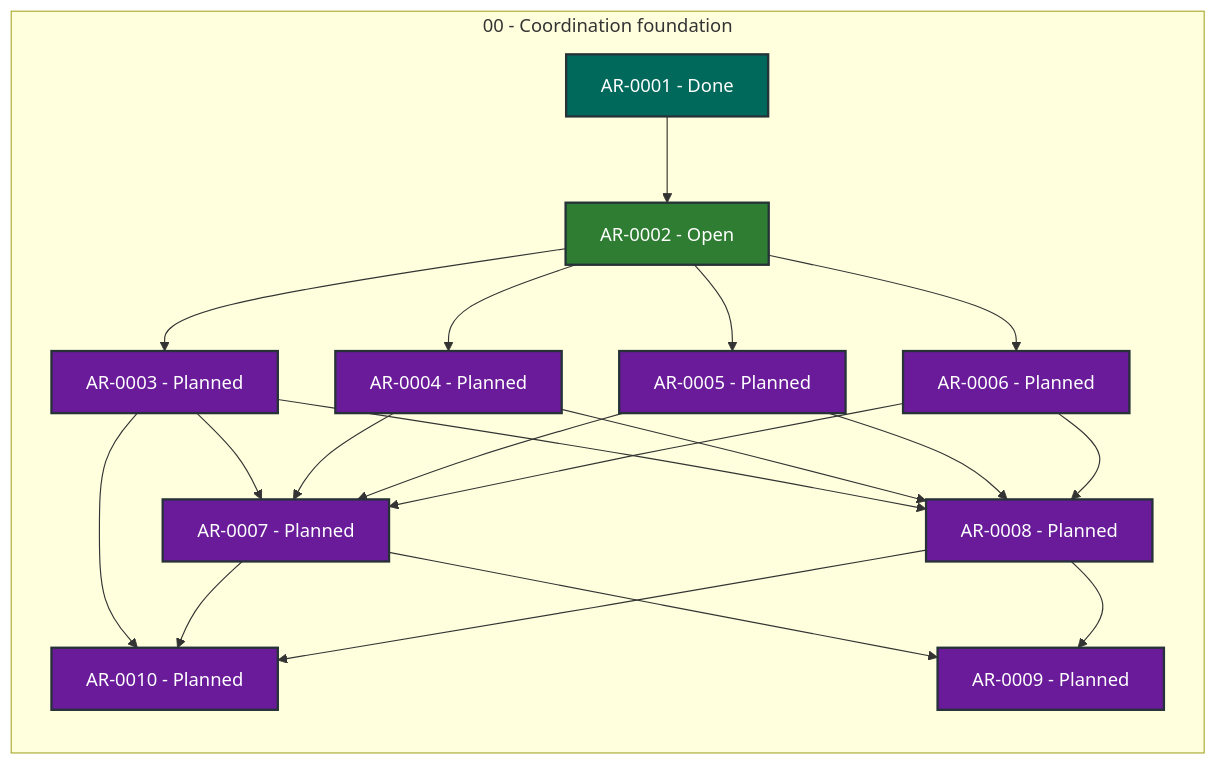
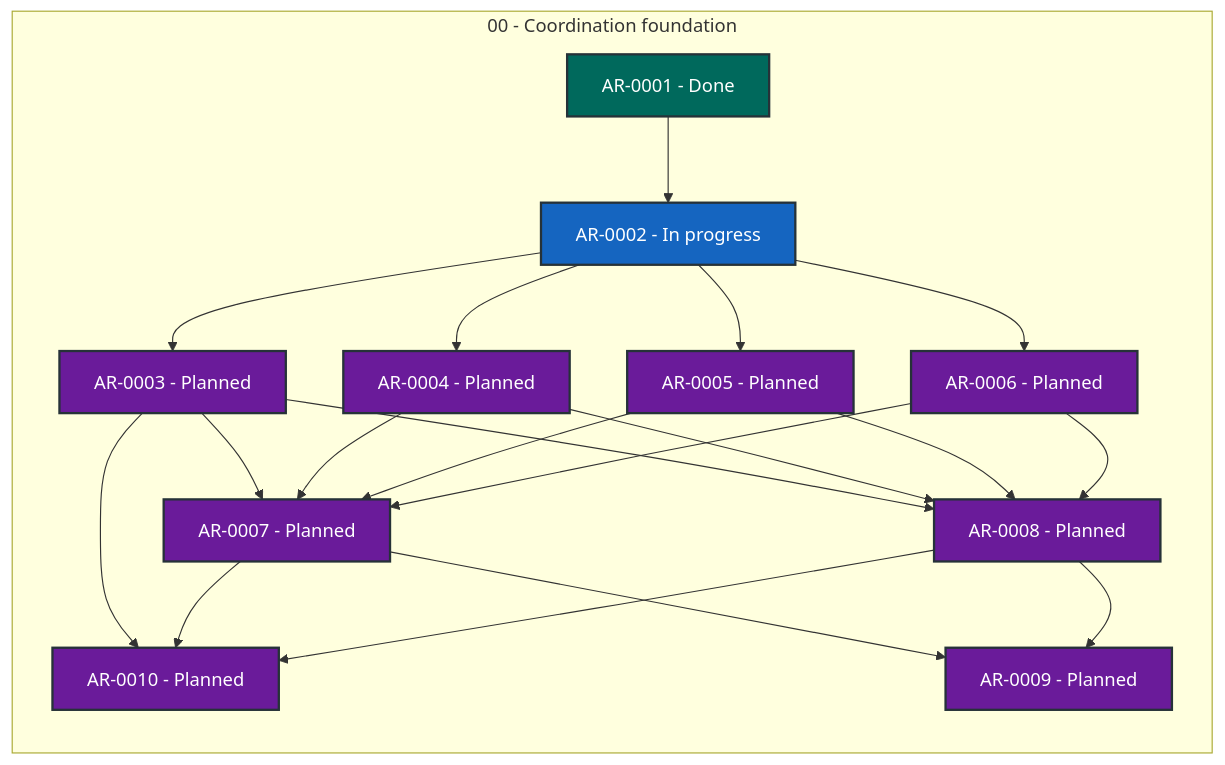
Before and after one commit to martin-beck/agent-workflow-coordinator-state: the diagram in STATUS.md, drawn with Mermaid. The commit also changed other lines of this file and 2 other files, not shown here.

````diff
--- a/STATUS.md
+++ b/STATUS.md
@@ -27,42 +27,42 @@
 ```mermaid
 flowchart LR
     subgraph series_00["00 - Coordination foundation"]
         direction TB
         AR_0001["AR-0001 - Done"]:::status_done
-        AR_0002["AR-0002 - Open"]:::status_open
+        AR_0002["AR-0002 - In progress"]:::status_in_progress
         AR_0003["AR-0003 - Planned"]:::status_planned
         AR_0004["AR-0004 - Planned"]:::status_planned
         AR_0005["AR-0005 - Planned"]:::status_planned
         AR_0006["AR-0006 - Planned"]:::status_planned
         AR_0007["AR-0007 - Planned"]:::status_planned
         AR_0008["AR-0008 - Planned"]:::status_planned
         AR_0009["AR-0009 - Planned"]:::status_planned
         AR_0010["AR-0010 - Planned"]:::status_planned
     end
     AR_0001 --> AR_0002
     AR_0002 --> AR_0003
     AR_0002 --> AR_0004
     AR_0002 --> AR_0005
     AR_0002 --> AR_0006
     AR_0003 --> AR_0007
     AR_0003 --> AR_0008
     AR_0003 --> AR_0010
     AR_0004 --> AR_0007
     AR_0004 --> AR_0008
     AR_0005 --> AR_0007
     AR_0005 --> AR_0008
     AR_0006 --> AR_0007
     AR_0006 --> AR_0008
     AR_0007 --> AR_0009
     AR_0007 --> AR_0010
     AR_0008 --> AR_0009
     AR_0008 --> AR_0010
     classDef status_in_progress fill:#1565c0,color:#ffffff,stroke:#263238,stroke-width:2px
     classDef status_open fill:#2e7d32,color:#ffffff,stroke:#263238,stroke-width:2px
     classDef status_blocked fill:#c62828,color:#ffffff,stroke:#263238,stroke-width:2px
     classDef status_planned fill:#6a1b9a,color:#ffffff,stroke:#263238,stroke-width:2px
     classDef status_future fill:#455a64,color:#ffffff,stroke:#263238,stroke-width:2px
     classDef status_done fill:#00695c,color:#ffffff,stroke:#263238,stroke-width:2px
     classDef status_cancelled fill:#616161,color:#ffffff,stroke:#263238,stroke-width:2px
     classDef status_superseded fill:#5d4037,color:#ffffff,stroke:#263238,stroke-width:2px
 ```
````
